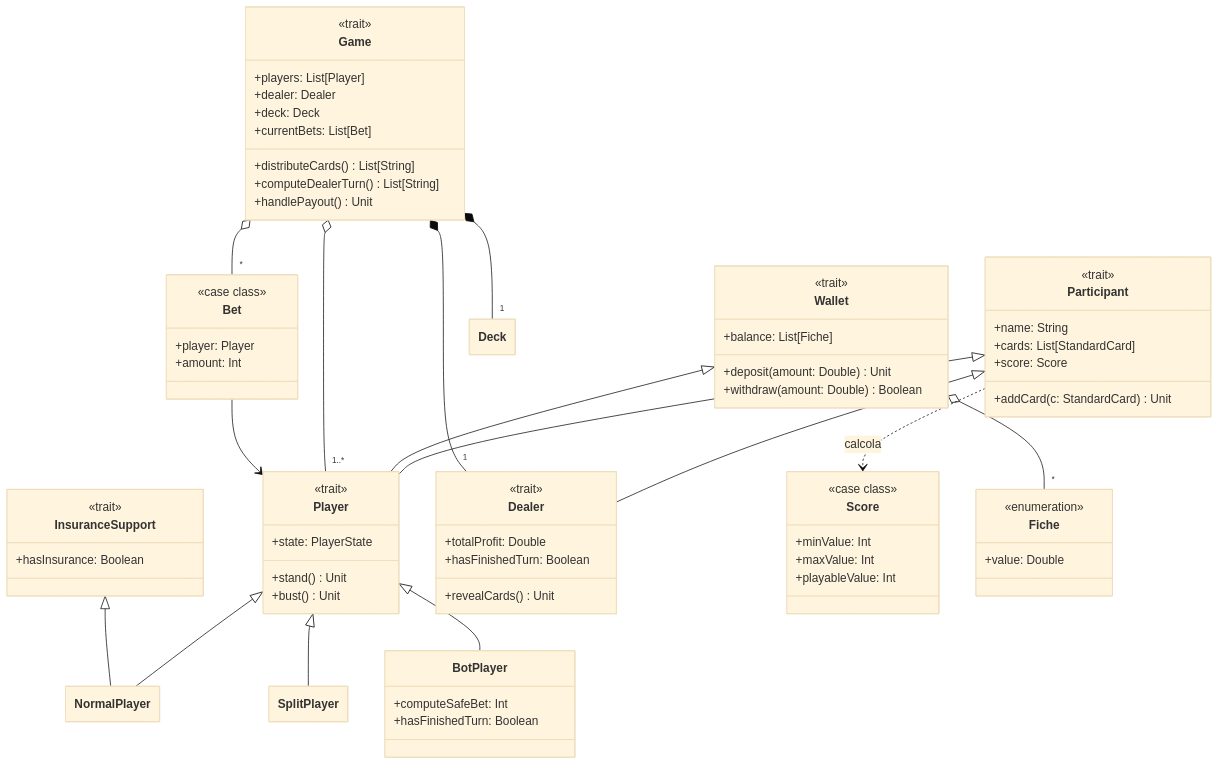
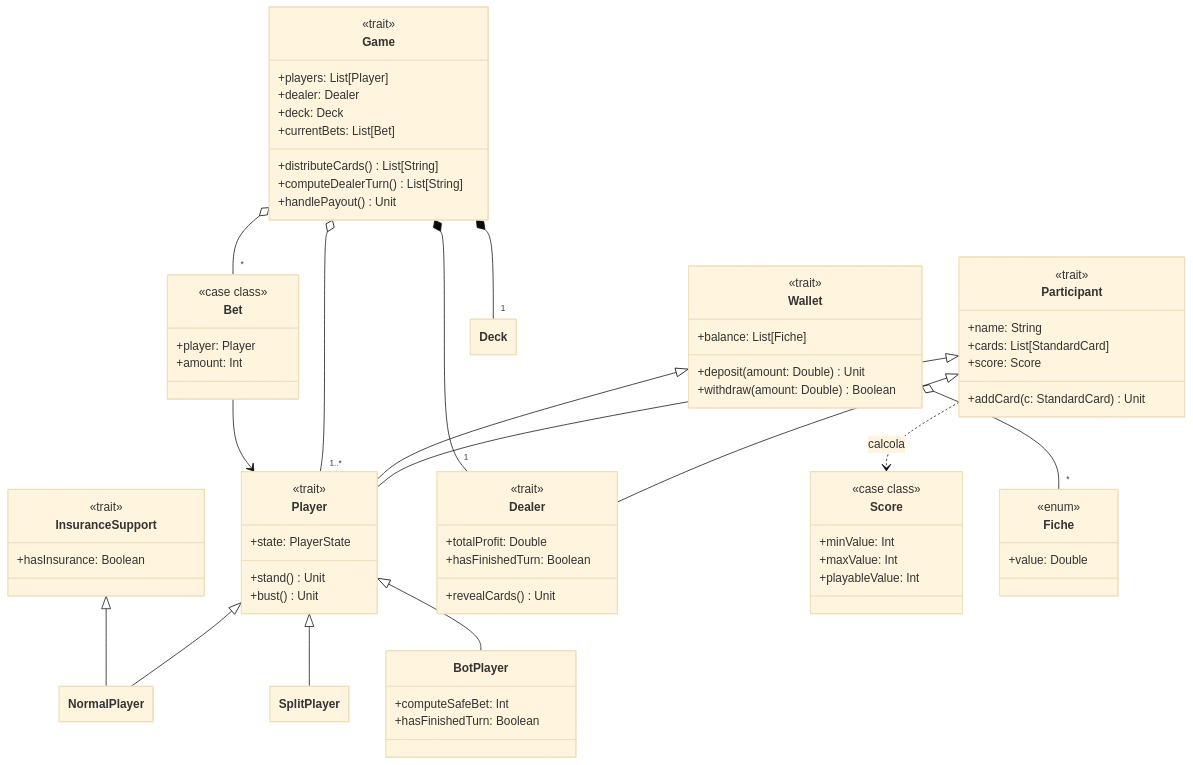
Before and after one commit to NicoForlivesi/PPS-26-scalajack: the diagram in docs/report/design/model.md, drawn with Mermaid (base theme). The commit also changed 4 other files, not shown here.

Commit message:
Corrected the diagram in 'design_architetturale

```diff
--- a/docs/report/design/model.md
+++ b/docs/report/design/model.md
@@ -76,7 +76,7 @@
         +playableValue: Int
     }
     class Fiche {
-        <<enumeration>>
+        <<enum>>
         +value: Double
     }
 
```
